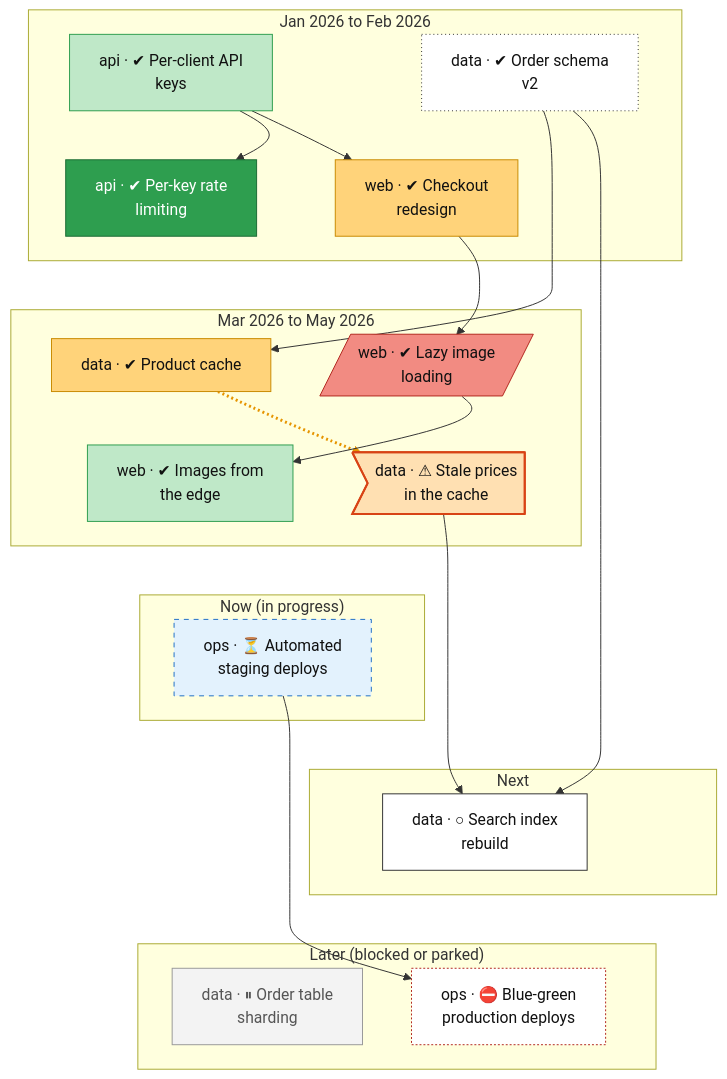
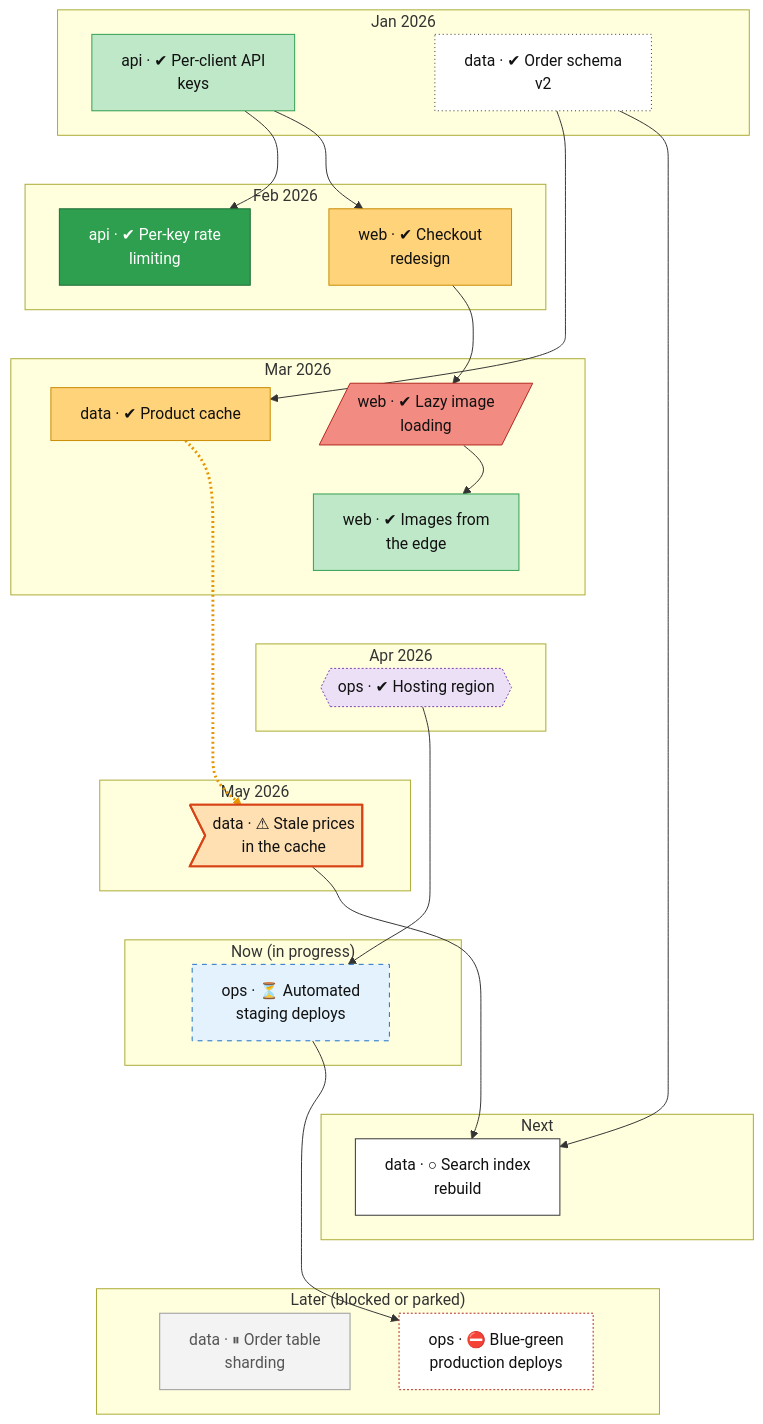
Before and after one commit to lhns/design-skills: the second of 2 diagrams in skills/tech-tree/scripts/tests/clean/roadmap.md, drawn with Mermaid. The commit also changed other lines of this file and 19 other files, not shown here.

````diff
--- a/skills/tech-tree/scripts/tests/clean/roadmap.md
+++ b/skills/tech-tree/scripts/tests/clean/roadmap.md
@@ -98,69 +101,80 @@
 ```mermaid
 flowchart TB
-    subgraph bd_0["Jan 2026 to Feb 2026"]
+    subgraph bd_0["Jan 2026"]
         api_auth_keys["api · ✔ Per-client API<br/>keys"]
         data_schema_v2["data · ✔ Order schema<br/>v2"]
+    end
+    subgraph bd_1["Feb 2026"]
         api_rate_limit["api · ✔ Per-key rate<br/>limiting"]
         web_checkout_redesign["web · ✔ Checkout<br/>redesign"]
     end
-    subgraph bd_1["Mar 2026 to May 2026"]
+    subgraph bd_2["Mar 2026"]
         data_cache_layer["data · ✔ Product cache"]
         web_image_lazyload[/"web · ✔ Lazy image<br/>loading"/]
         web_image_cdn["web · ✔ Images from<br/>the edge"]
+    end
+    subgraph bd_3["Apr 2026"]
+        ops_region_choice{{"ops · ✔ Hosting region"}}
+    end
+    subgraph bd_4["May 2026"]
         data_stale_cache>"data · ⚠ Stale prices<br/>in the cache"]
     end
-    subgraph bd_2["Now (in progress)"]
+    subgraph bd_5["Now (in progress)"]
         ops_staging_deploy["ops · ⏳ Automated<br/>staging deploys"]
     end
-    subgraph bd_3["Next"]
+    subgraph bd_6["Next"]
         data_search_index["data · ○ Search index<br/>rebuild"]
     end
-    subgraph bd_4["Later (blocked or parked)"]
+    subgraph bd_7["Later (blocked or parked)"]
         data_sharding["data · ⏸ Order table<br/>sharding"]
         ops_blue_green["ops · ⛔ Blue-green<br/>production deploys"]
     end
     api_auth_keys ~~~ api_rate_limit
     data_schema_v2 ~~~ web_checkout_redesign
     api_rate_limit ~~~ data_cache_layer
     web_checkout_redesign ~~~ web_image_lazyload
     data_cache_layer ~~~ web_image_cdn
-    web_image_lazyload ~~~ data_stale_cache
-    web_image_cdn ~~~ ops_staging_deploy
+    web_image_lazyload ~~~ web_image_cdn
+    web_image_cdn ~~~ ops_region_choice
+    ops_region_choice ~~~ data_stale_cache
     data_stale_cache ~~~ ops_staging_deploy
     ops_staging_deploy ~~~ data_search_index
     data_search_index ~~~ data_sharding
     data_search_index ~~~ ops_blue_green
     api_auth_keys --> api_rate_limit
     api_auth_keys --> web_checkout_redesign
     data_schema_v2 --> data_cache_layer
     data_cache_layer -.-> data_stale_cache
     web_checkout_redesign --> web_image_lazyload
     web_image_lazyload --> web_image_cdn
+    ops_region_choice --> ops_staging_deploy
     data_schema_v2 --> data_search_index
     data_stale_cache --> data_search_index
     ops_staging_deploy --> ops_blue_green
-    linkStyle 14 stroke:#e69500,stroke-width:3px,stroke-dasharray:2 3
+    linkStyle 15 stroke:#e69500,stroke-width:3px,stroke-dasharray:2 3
     classDef vsucc fill:#2e9e4f,stroke:#1b6b34,color:#fff
     classDef succ fill:#bfe8c8,stroke:#2e9e4f,color:#111
     classDef mixed fill:#ffd37a,stroke:#c98a00,color:#111
     classDef bad fill:#f28b82,stroke:#b3261e,color:#111
     classDef dead fill:#e6e6e6,stroke:#777,stroke-dasharray:5 5,color:#555
     classDef inprog fill:#a8cdf5,stroke:#1f6fc5,color:#111
     classDef next fill:#fff,stroke:#333,color:#111
     classDef blocked fill:#fff,stroke:#b3261e,stroke-dasharray:2 2,color:#111
     classDef parked fill:#f3f3f3,stroke:#999,color:#555
     classDef unrated fill:#fff,stroke:#333,stroke-dasharray:1 3,color:#111
     classDef gate fill:#d9c2f0,stroke:#7b3fb5,color:#111
+    classDef decided fill:#ece0f7,stroke:#7b3fb5,stroke-dasharray:2 2,color:#111
     classDef finding fill:#ffe0b2,stroke:#d84315,stroke-width:2px,color:#111
     classDef waiting fill:#e3f2fd,stroke:#1f6fc5,stroke-dasharray:5 5,color:#111
     class api_auth_keys,web_image_cdn succ
     class api_rate_limit vsucc
     class web_checkout_redesign,data_cache_layer mixed
     class web_image_lazyload bad
     class data_schema_v2 unrated
     class data_stale_cache finding
     class data_search_index next
     class data_sharding parked
+    class ops_region_choice decided
     class ops_staging_deploy waiting
     class ops_blue_green blocked
 ```
````
